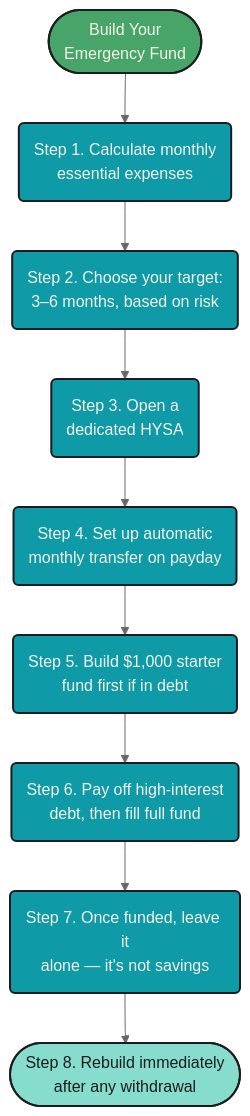
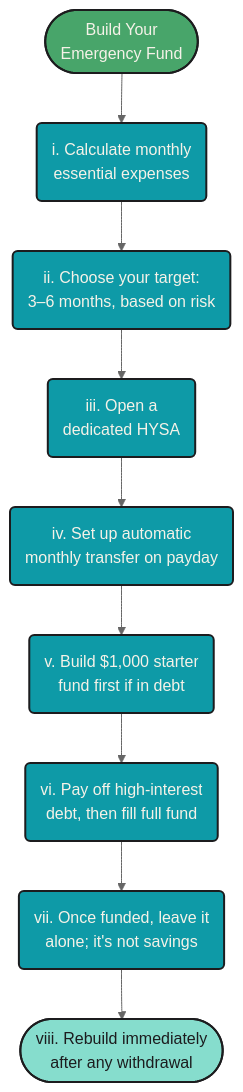
Before and after one commit to mjfrigaard/fm-finance: the fifth of 5 diagrams in emergency_fund.qmd, drawn with Mermaid. The commit also changed other lines of this file and 20 other files, not shown here.

Commit message:
updates to mermaid diagrams

````diff
--- a/emergency_fund.qmd
+++ b/emergency_fund.qmd
@@ -490,24 +528,24 @@
 ```{mermaid}
 %%| fig-cap: 'Build Your Emergency Fund'
 %%| fig-align: center
-%%{init: {'theme': 'neutral', 'themeVariables': { 'fontFamily': 'monospace', "fontSize":"16px"}}}%%
+%%{init: {'theme': 'neutral', 'themeVariables': { 'fontFamily': 'monospace', "darkMode":false, "fontSize":"16px"}}}%%
 
 flowchart TD
-    Start(["Build Your<br>Emergency Fund"]) --> Step1("Step 1. Calculate monthly<br>essential expenses")
-    Step1 --> Step2("Step 2. Choose your target:<br>3–6 months, based on risk")
-    Step2 --> Step3("Step 3. Open a<br>dedicated HYSA")
-    Step3 --> Step4("Step 4. Set up automatic<br>monthly transfer on payday")
-    Step4 --> Step5("Step 5. Build $1,000 starter<br>fund first if in debt")
-    Step5 --> Step6("Step 6. Pay off high-interest<br>debt, then fill full fund")
-    Step6 --> Step7("Step 7. Once funded, leave it<br>alone — it's not savings")
-    Step7 --> Step8(["Step 8. Rebuild immediately<br>after any withdrawal"])
+    Start(["Build Your<br>Emergency Fund"]) --> Step1("i. Calculate monthly<br>essential expenses")
+    Step1 --> Step2("ii. Choose your target:<br>3–6 months, based on risk")
+    Step2 --> Step3("iii. Open a<br>dedicated HYSA")
+    Step3 --> Step4("iv. Set up automatic<br>monthly transfer on payday")
+    Step4 --> Step5("v. Build $1,000 starter<br>fund first if in debt")
+    Step5 --> Step6("vi. Pay off high-interest<br>debt, then fill full fund")
+    Step6 --> Step7("vii. Once funded, leave it<br>alone; it's not savings")
+    Step7 --> Step8(["viii. Rebuild immediately<br>after any withdrawal"])
     style Start fill:#48a56a,color:#F5F2E8,stroke:#1C1C1E,stroke-width:2px
     style Step1 fill:#0e9aa7,color:#F5F2E8,stroke:#1C1C1E,stroke-width:2px
     style Step2 fill:#0e9aa7,color:#F5F2E8,stroke:#1C1C1E,stroke-width:2px
     style Step3 fill:#0e9aa7,color:#F5F2E8,stroke:#1C1C1E,stroke-width:2px
     style Step4 fill:#0e9aa7,color:#F5F2E8,stroke:#1C1C1E,stroke-width:2px
     style Step5 fill:#0e9aa7,color:#F5F2E8,stroke:#1C1C1E,stroke-width:2px
     style Step6 fill:#0e9aa7,color:#F5F2E8,stroke:#1C1C1E,stroke-width:2px
     style Step7 fill:#0e9aa7,color:#F5F2E8,stroke:#1C1C1E,stroke-width:2px
     style Step8 fill:#86ddcd,color:#1C1C1E,stroke:#1C1C1E,stroke-width:2px
 ```
````
